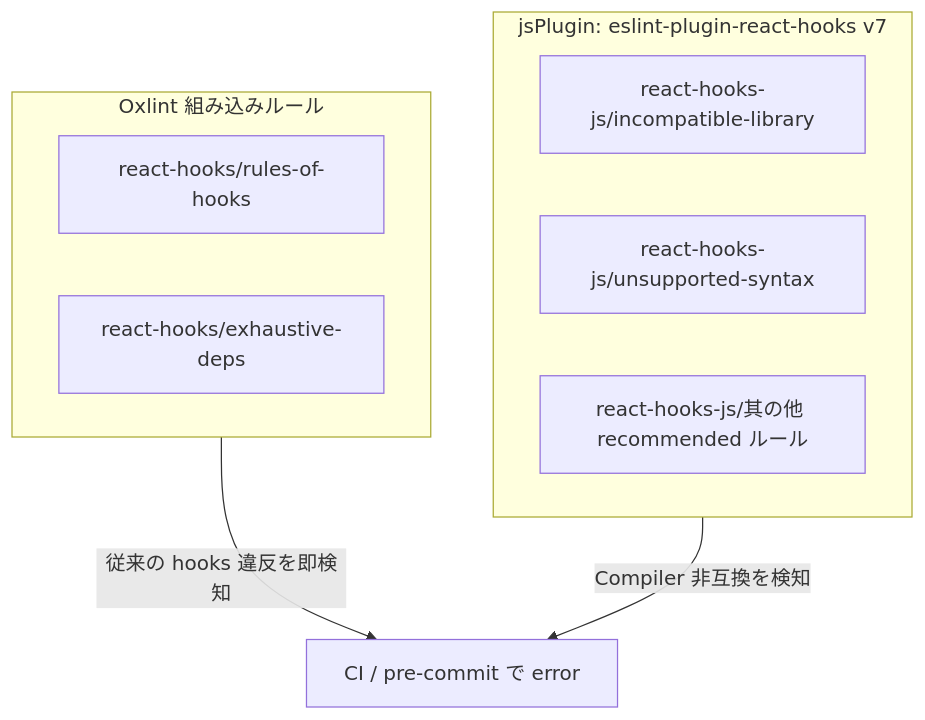
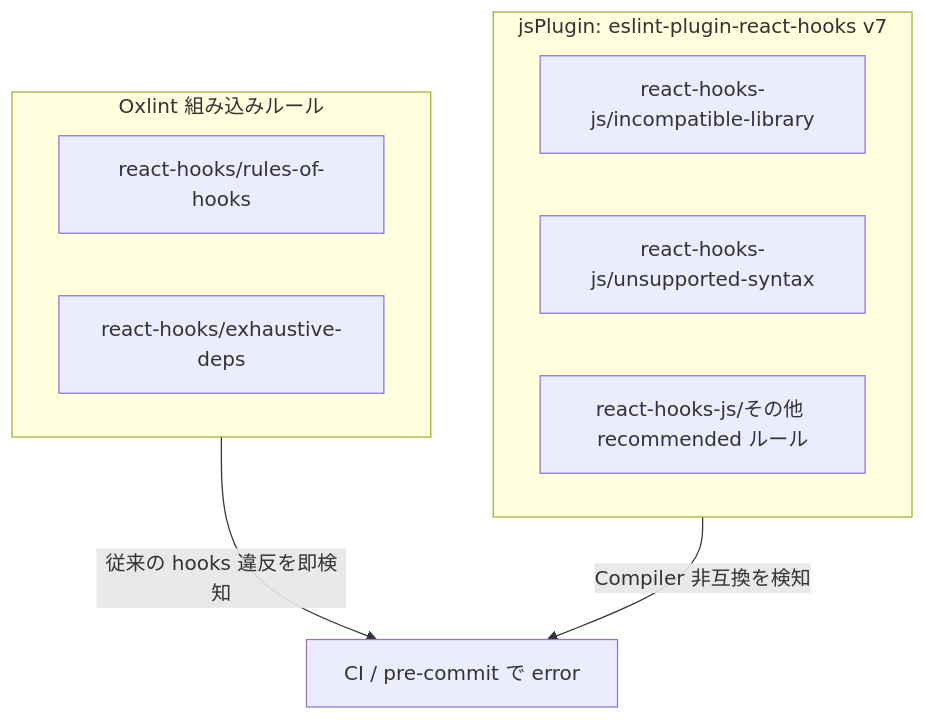
Before and after one commit to yug1224/zenn: the second of 2 diagrams in articles/92dfb9206f50f3.md, drawn with Mermaid. The commit also changed other lines of this file, not shown here.

First line of the commit message:
docs(blog): React Compiler記事のレビュー指摘を修正

````diff
--- a/articles/92dfb9206f50f3.md
+++ b/articles/92dfb9206f50f3.md
@@ -134,14 +134,14 @@
 ```mermaid
 flowchart TB
   subgraph builtin [Oxlint 組み込みルール]
     RulesOfHooks["react-hooks/rules-of-hooks"]
     ExhaustiveDeps["react-hooks/exhaustive-deps"]
   end
   subgraph js [jsPlugin: eslint-plugin-react-hooks v7]
     Incompatible["react-hooks-js/incompatible-library"]
     Unsupported["react-hooks-js/unsupported-syntax"]
-    OtherRules["react-hooks-js/其の他 recommended ルール"]
+    OtherRules["react-hooks-js/その他 recommended ルール"]
   end
   builtin -->|"従来の hooks 違反を即検知"| CI["CI / pre-commit で error"]
   js -->|"Compiler 非互換を検知"| CI
 ```
````
